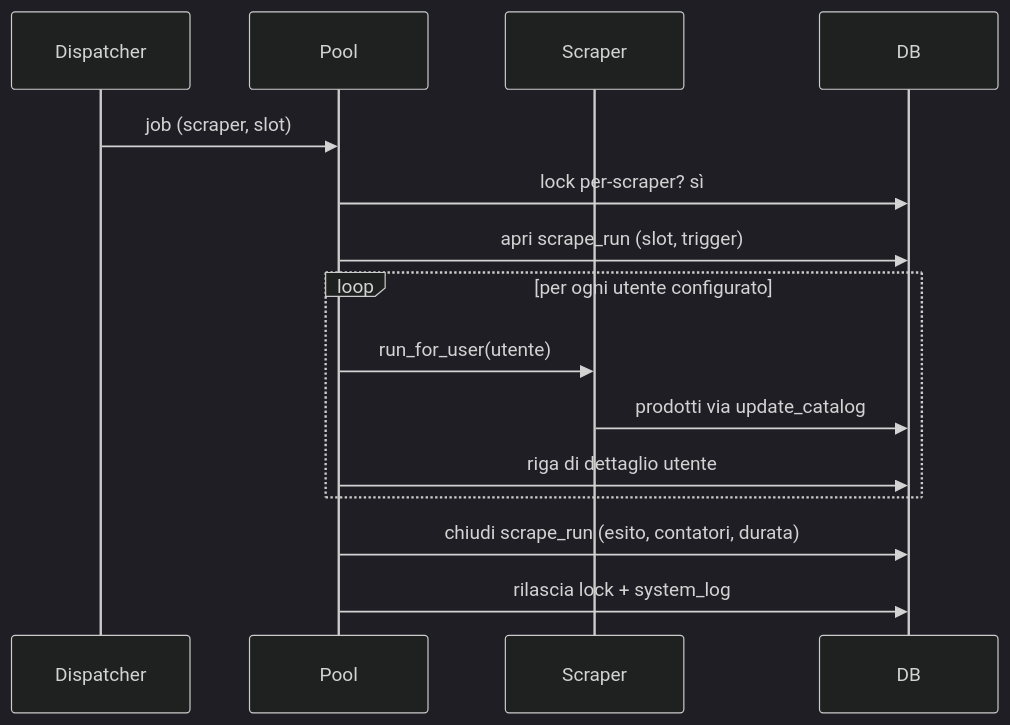
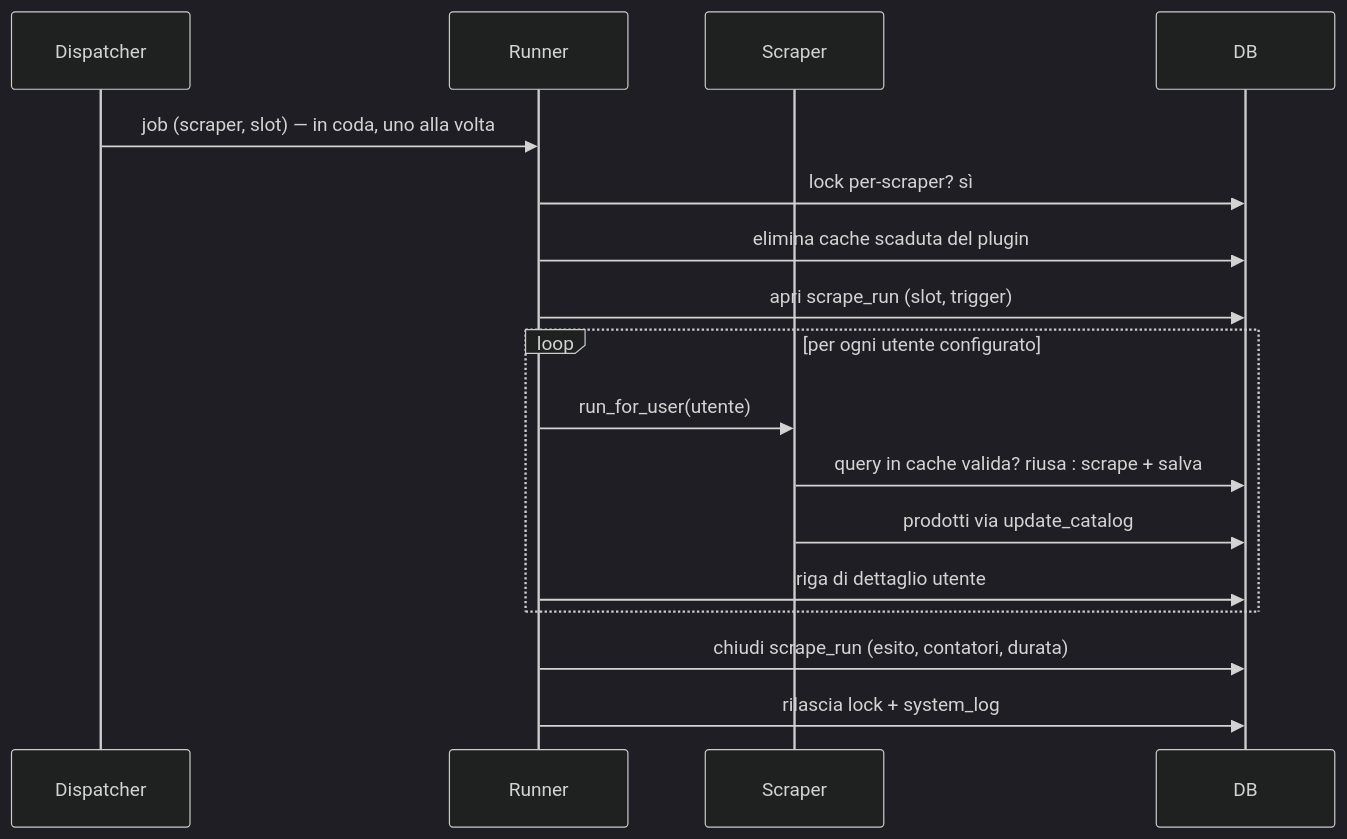
Before and after one commit to caporalesimone/watch-em-all: the third of 3 diagrams in docs/2-architecture/scheduling-and-execution.md, drawn with Mermaid (dark theme). The commit also changed other lines of this file and 28 other files, not shown here.

First line of the commit message:
docs: deferred user deletion, serial scraper runner with calendar view and scrape cache

````diff
--- a/docs/2-architecture/scheduling-and-execution.md
+++ b/docs/2-architecture/scheduling-and-execution.md
@@ -65,18 +68,20 @@
 ```mermaid
 sequenceDiagram
     participant D as Dispatcher
-    participant P as Pool
+    participant P as Runner
     participant S as Scraper
     participant DB as DB
 
-    D->>P: job (scraper, slot)
+    D->>P: job (scraper, slot) — in coda, uno alla volta
     P->>DB: lock per-scraper? sì
+    P->>DB: elimina cache scaduta del plugin
     P->>DB: apri scrape_run (slot, trigger)
     loop per ogni utente configurato
         P->>S: run_for_user(utente)
+        S->>DB: query in cache valida? riusa : scrape + salva
         S->>DB: prodotti via update_catalog
         P->>DB: riga di dettaglio utente
     end
     P->>DB: chiudi scrape_run (esito, contatori, durata)
     P->>DB: rilascia lock + system_log
 ```
````
